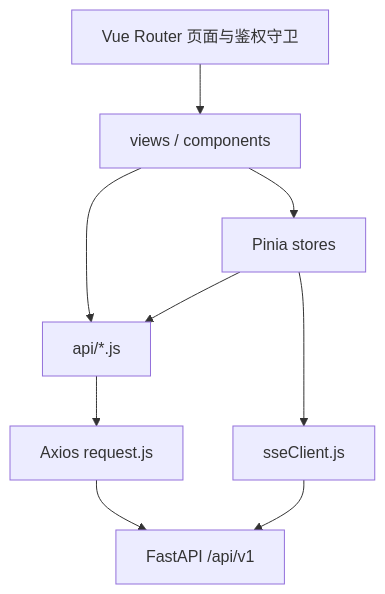
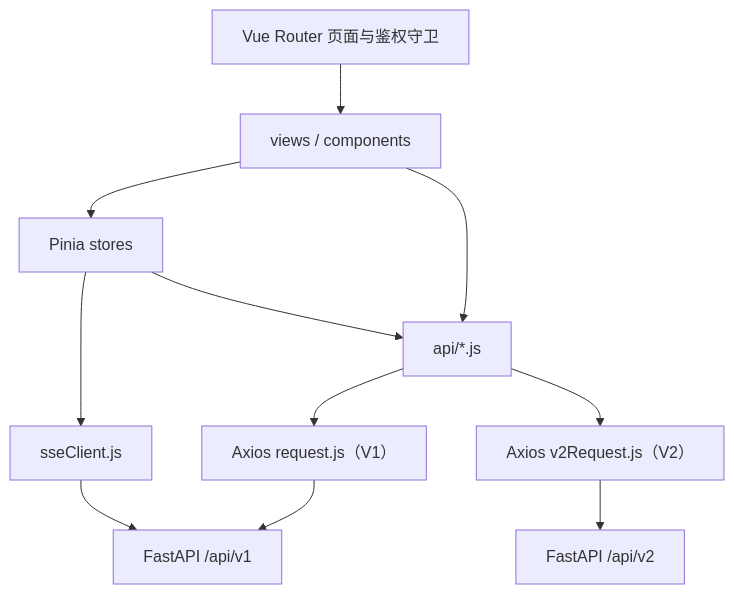
The second of 5 diagrams in docs/PROJECT_ARCHITECTURE.md (bo-ouyang/job), drawn with Mermaid before and after one commit. The commit also changed other lines of this file and 66 other files, not shown here.

````diff
--- a/docs/PROJECT_ARCHITECTURE.md
+++ b/docs/PROJECT_ARCHITECTURE.md
@@ -72,11 +74,13 @@
 ```mermaid
 flowchart TD
     Router["Vue Router 页面与鉴权守卫"] --> Views["views / components"]
     Views --> Stores["Pinia stores"]
     Views --> APIs["api/*.js"]
     Stores --> APIs
-    APIs --> Request["Axios request.js"]
+    APIs --> Request["Axios request.js（V1）"]
+    APIs --> V2Request["Axios v2Request.js（V2）"]
     Stores --> SSE["sseClient.js"]
     Request --> Backend["FastAPI /api/v1"]
+    V2Request --> BackendV2["FastAPI /api/v2"]
     SSE --> Backend
 ```
````
